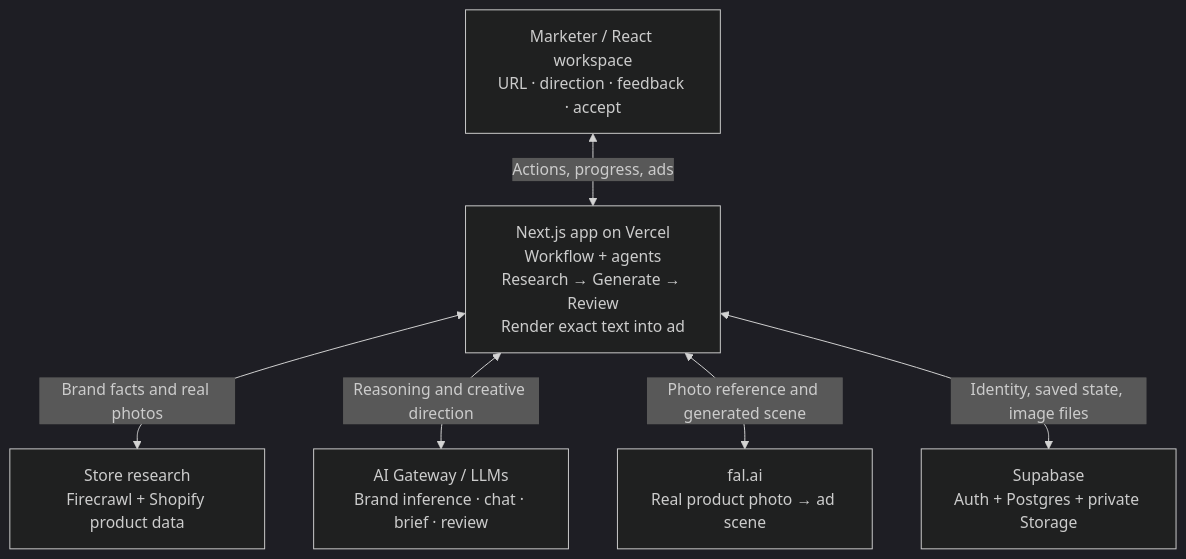
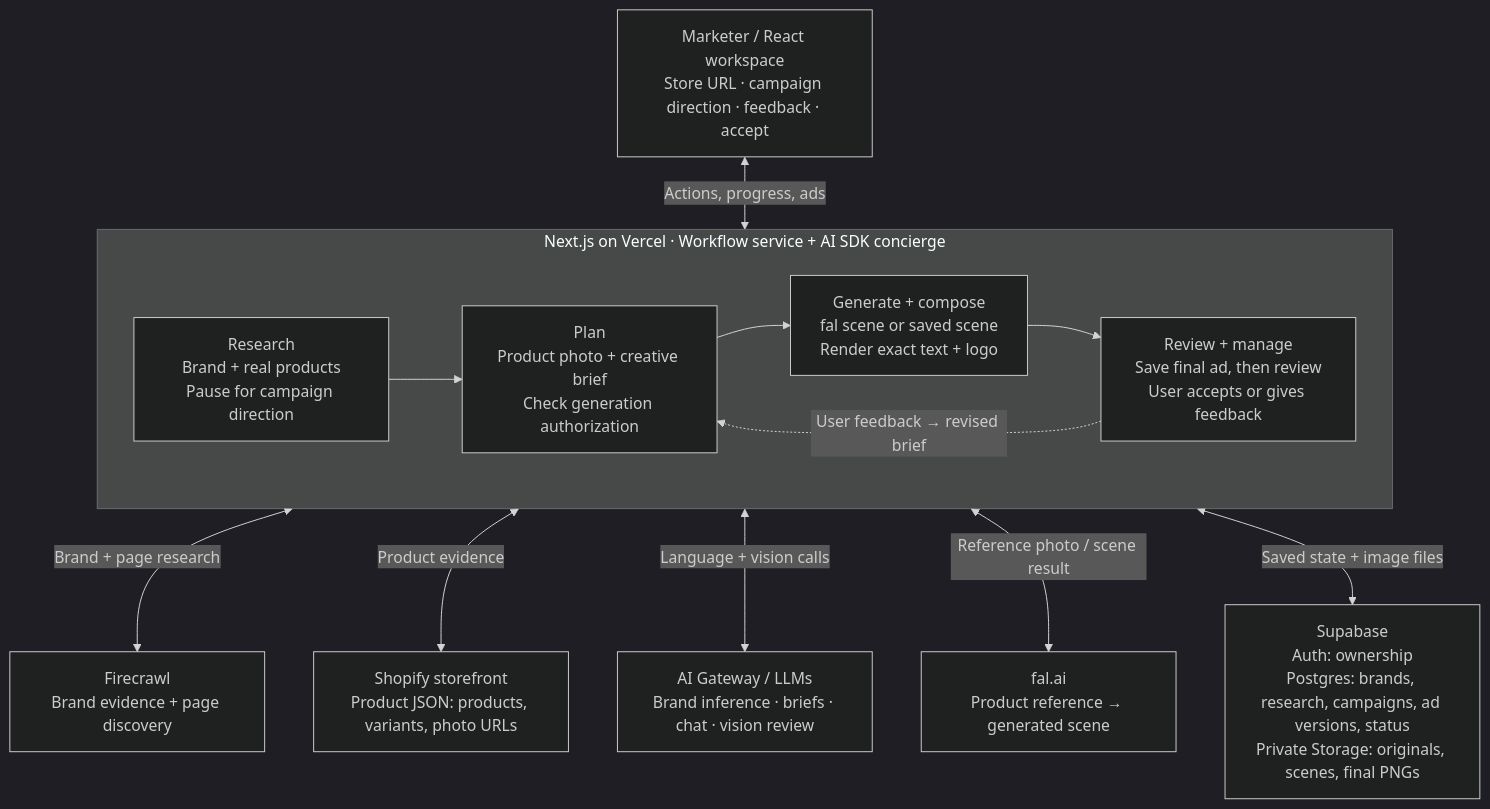
Before and after one commit to mattn02/ads-maxxing: the diagram in ads-maxxing/docs/architecture-simple.md, drawn with Mermaid (dark theme). The commit also changed other lines of this file and 29 other files, not shown here.

````diff
--- a/ads-maxxing/docs/architecture-simple.md
+++ b/ads-maxxing/docs/architecture-simple.md
@@ -5,15 +5,30 @@
 ```mermaid
 flowchart TB
-    UI["Marketer / React workspace<br/>URL · direction · feedback · accept"]
-    APP["Next.js app on Vercel<br/>Workflow + agents<br/>Research → Generate → Review<br/>Render exact text into ad"]
-    RESEARCH["Store research<br/>Firecrawl + Shopify product data"]
-    LLM["AI Gateway / LLMs<br/>Brand inference · chat · brief · review"]
-    FAL["fal.ai<br/>Real product photo → ad scene"]
-    DB["Supabase<br/>Auth + Postgres + private Storage"]
+    UI["Marketer / React workspace<br/>Store URL · campaign direction · feedback · accept"]
+
+    subgraph APP["Next.js on Vercel · Workflow service + AI SDK concierge"]
+        direction LR
+        RESEARCH["Research<br/>Brand + real products<br/>Pause for campaign direction"]
+        BRIEF["Plan<br/>Product photo + creative brief<br/>Check generation authorization"]
+        GENERATE["Generate + compose<br/>fal scene or saved scene<br/>Render exact text + logo"]
+        REVIEW["Review + manage<br/>Save final ad, then review<br/>User accepts or gives feedback"]
+
+        RESEARCH --> BRIEF
+        BRIEF --> GENERATE
+        GENERATE --> REVIEW
+        REVIEW -.->|"User feedback → revised brief"| BRIEF
+    end
+
+    FIRECRAWL["Firecrawl<br/>Brand evidence + page discovery"]
+    SHOPIFY["Shopify storefront<br/>Product JSON: products, variants, photo URLs"]
+    GATEWAY["AI Gateway / LLMs<br/>Brand inference · briefs · chat · vision review"]
+    FAL["fal.ai<br/>Product reference → generated scene"]
+    SUPABASE["Supabase<br/>Auth: ownership<br/>Postgres: brands, research, campaigns, ad versions, status<br/>Private Storage: originals, scenes, final PNGs"]
 
     UI <-->|"Actions, progress, ads"| APP
-    APP <-->|"Brand facts and real photos"| RESEARCH
-    APP <-->|"Reasoning and creative direction"| LLM
-    APP <-->|"Photo reference and generated scene"| FAL
-    APP <-->|"Identity, saved state, image files"| DB
+    APP <-->|"Brand + page research"| FIRECRAWL
+    APP <-->|"Product evidence"| SHOPIFY
+    APP <-->|"Language + vision calls"| GATEWAY
+    APP <-->|"Reference photo / scene result"| FAL
+    APP <-->|"Saved state + image files"| SUPABASE
 ```
````
